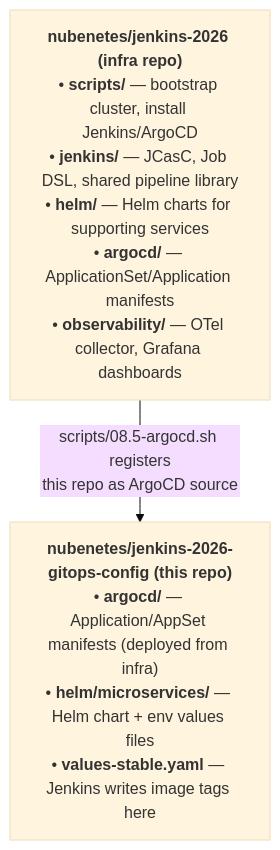
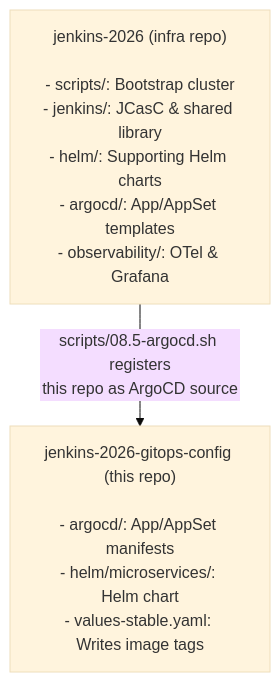
Before and after one commit to nubenetes/jenkins-2026-gitops-config: the first of 2 diagrams in README.md, drawn with Mermaid (base theme).

Commit message:
docs: use ultra-short layout lines in flowchart to prevent UI truncation

````diff
--- a/README.md
+++ b/README.md
@@ -11,8 +11,8 @@
 ```mermaid
 flowchart TD
-    infra["<b>nubenetes/jenkins-2026 (infra repo)</b><br/>• <b>scripts/</b> — bootstrap cluster, install Jenkins/ArgoCD<br/>• <b>jenkins/</b> — JCasC, Job DSL, shared pipeline library<br/>• <b>helm/</b> — Helm charts for supporting services<br/>• <b>argocd/</b> — ApplicationSet/Application manifests<br/>• <b>observability/</b> — OTel collector, Grafana dashboards"]
+    infra["jenkins-2026 (infra repo)<br/><br/>- scripts/: Bootstrap cluster<br/>- jenkins/: JCasC & shared library<br/>- helm/: Supporting Helm charts<br/>- argocd/: App/AppSet templates<br/>- observability/: OTel & Grafana"]
 
-    gitops["<b>nubenetes/jenkins-2026-gitops-config (this repo)</b><br/>• <b>argocd/</b> — Application/AppSet manifests (deployed from infra)<br/>• <b>helm/microservices/</b> — Helm chart + env values files<br/>• <b>values-stable.yaml</b> — Jenkins writes image tags here"]
+    gitops["jenkins-2026-gitops-config (this repo)<br/><br/>- argocd/: App/AppSet manifests<br/>- helm/microservices/: Helm chart<br/>- values-stable.yaml: Writes image tags"]
 
     infra -->|scripts/08.5-argocd.sh registers<br/>this repo as ArgoCD source| gitops
 ```
````
